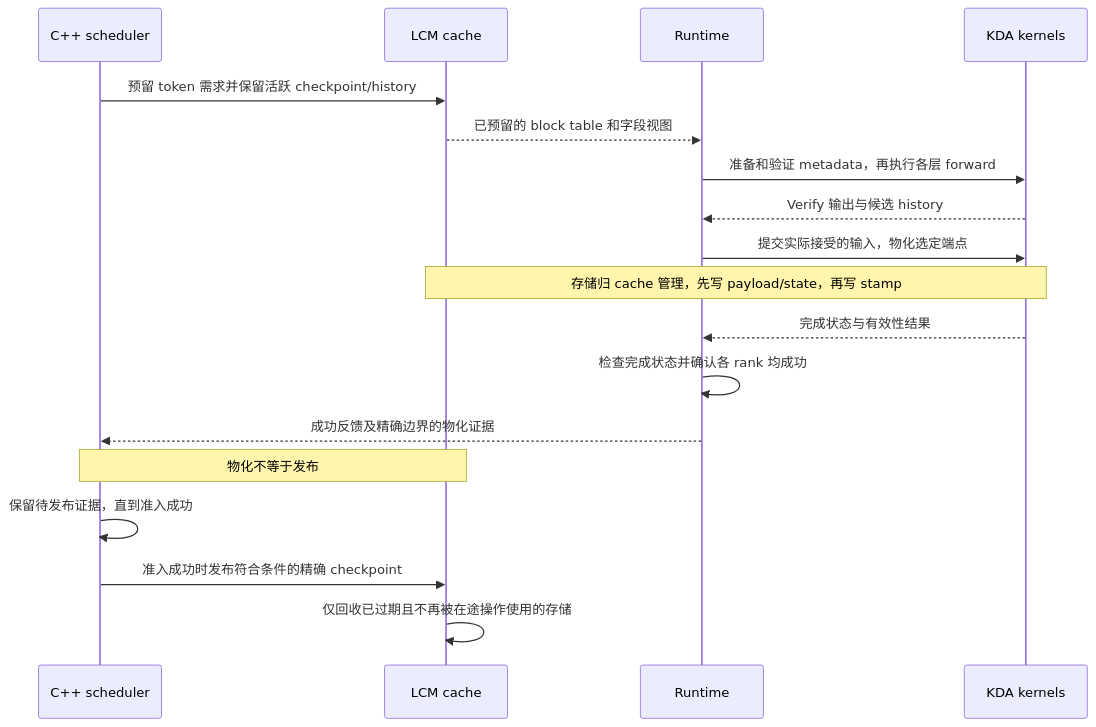
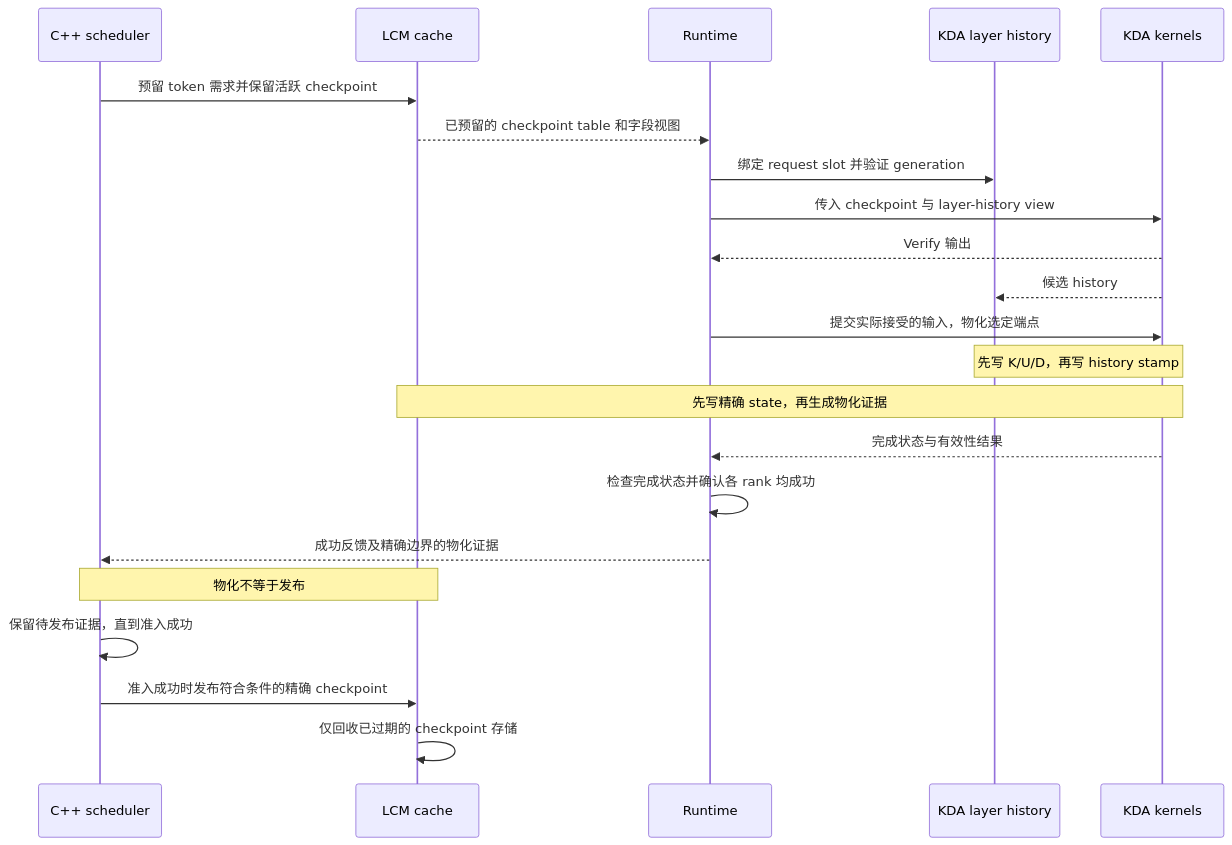
Before and after one commit to byshiue/tokenspeed: the first of 2 diagrams in docs/design/kda-replay-ssm-design.zh-CN.md, drawn with Mermaid. The commit also changed other lines of this file and 2 other files, not shown here.

Commit message:
docs(kda): define two-PR RecoverSSM implementation and validation

````diff
--- a/docs/design/kda-replay-ssm-design.zh-CN.md
+++ b/docs/design/kda-replay-ssm-design.zh-CN.md
@@ -203,20 +205,24 @@
 ```mermaid
 sequenceDiagram
     participant S as C++ scheduler
     participant C as LCM cache
     participant R as Runtime
+    participant H as KDA layer history
     participant K as KDA kernels
-    S->>C: 预留 token 需求并保留活跃 checkpoint/history
-    C-->>R: 已预留的 block table 和字段视图
-    R->>K: 准备和验证 metadata，再执行各层 forward
-    K-->>R: Verify 输出与候选 history
+    S->>C: 预留 token 需求并保留活跃 checkpoint
+    C-->>R: 已预留的 checkpoint table 和字段视图
+    R->>H: 绑定 request slot 并验证 generation
+    R->>K: 传入 checkpoint 与 layer-history view
+    K-->>R: Verify 输出
+    K-->>H: 候选 history
     R->>K: 提交实际接受的输入，物化选定端点
-    Note over C,K: 存储归 cache 管理，先写 payload/state，再写 stamp
+    Note over H,K: 先写 K/U/D，再写 history stamp
+    Note over C,K: 先写精确 state，再生成物化证据
     K-->>R: 完成状态与有效性结果
     R->>R: 检查完成状态并确认各 rank 均成功
     R-->>S: 成功反馈及精确边界的物化证据
     Note over S,C: 物化不等于发布
     S->>S: 保留待发布证据，直到准入成功
     S->>C: 准入成功时发布符合条件的精确 checkpoint
-    C->>C: 仅回收已过期且不再被在途操作使用的存储
+    C->>C: 仅回收已过期的 checkpoint 存储
 ```
````
